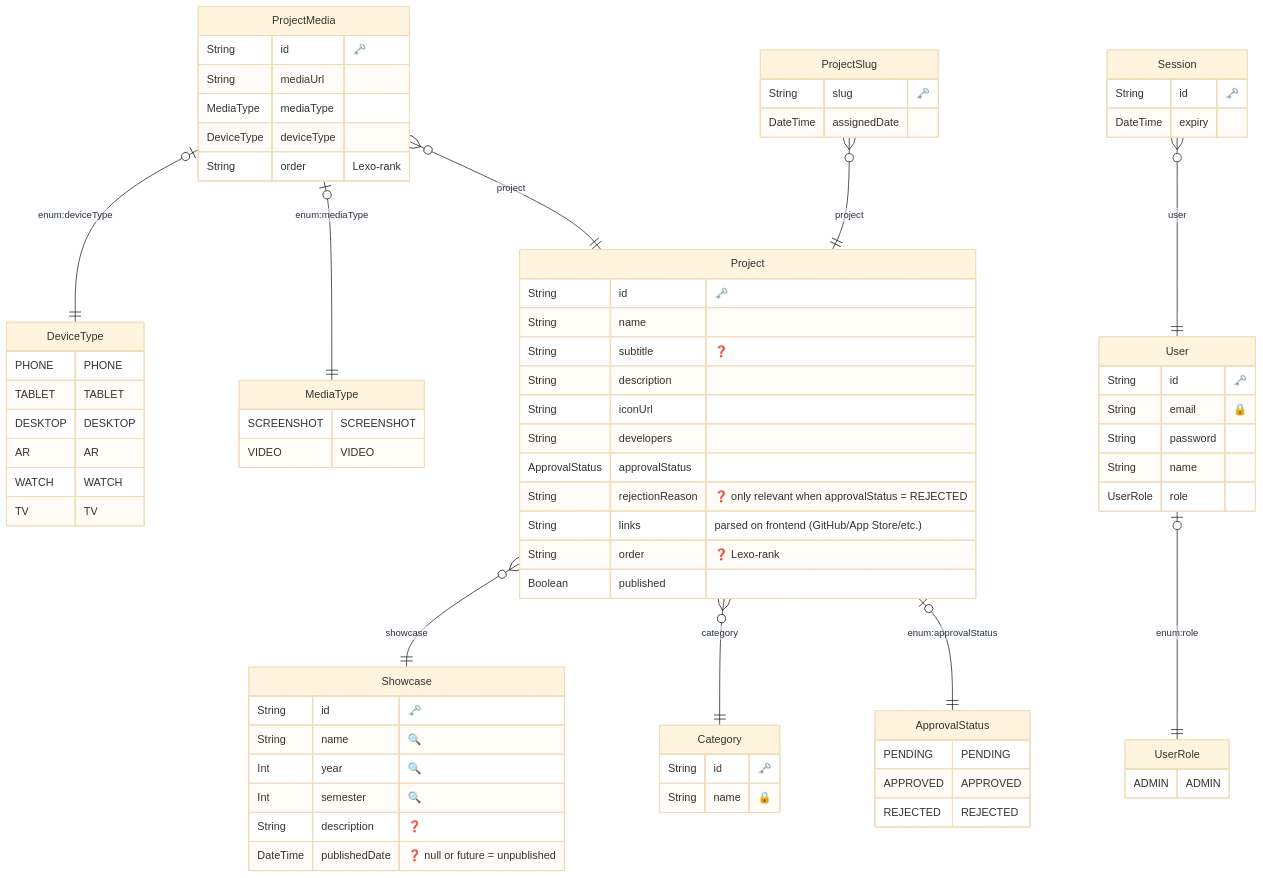
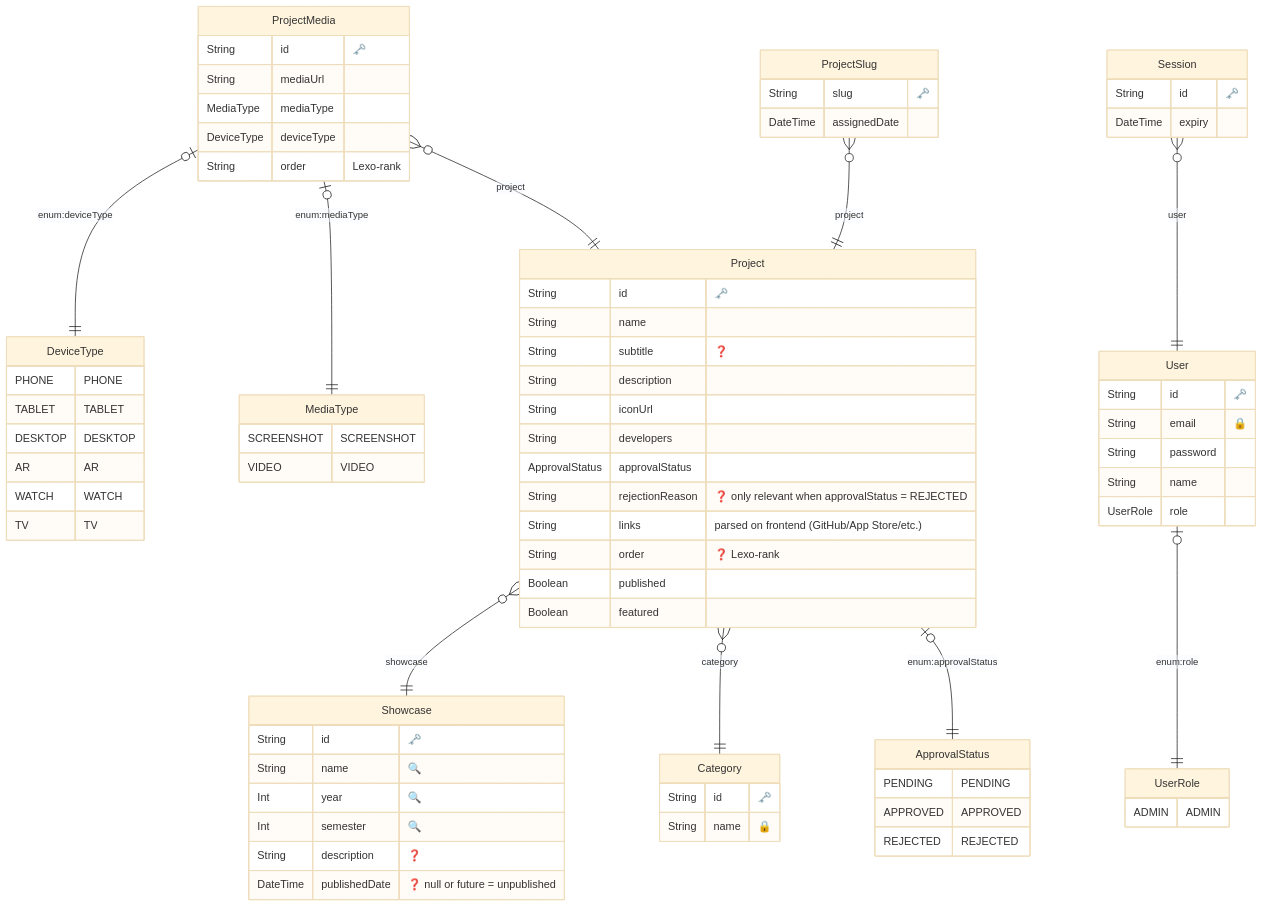
Before and after one commit to odisfm/hapi: the diagram in shared/prisma/ERD.md, drawn with Mermaid (base theme). The commit also changed 16 other files, not shown here.

```diff
--- a/shared/prisma/ERD.md
+++ b/shared/prisma/ERD.md
@@ -74,6 +74,7 @@
     String links "parsed on frontend (GitHub/App Store/etc.)"
     String order "❓ Lexo-rank"
     Boolean published 
+    Boolean featured 
     }
   
 
```
